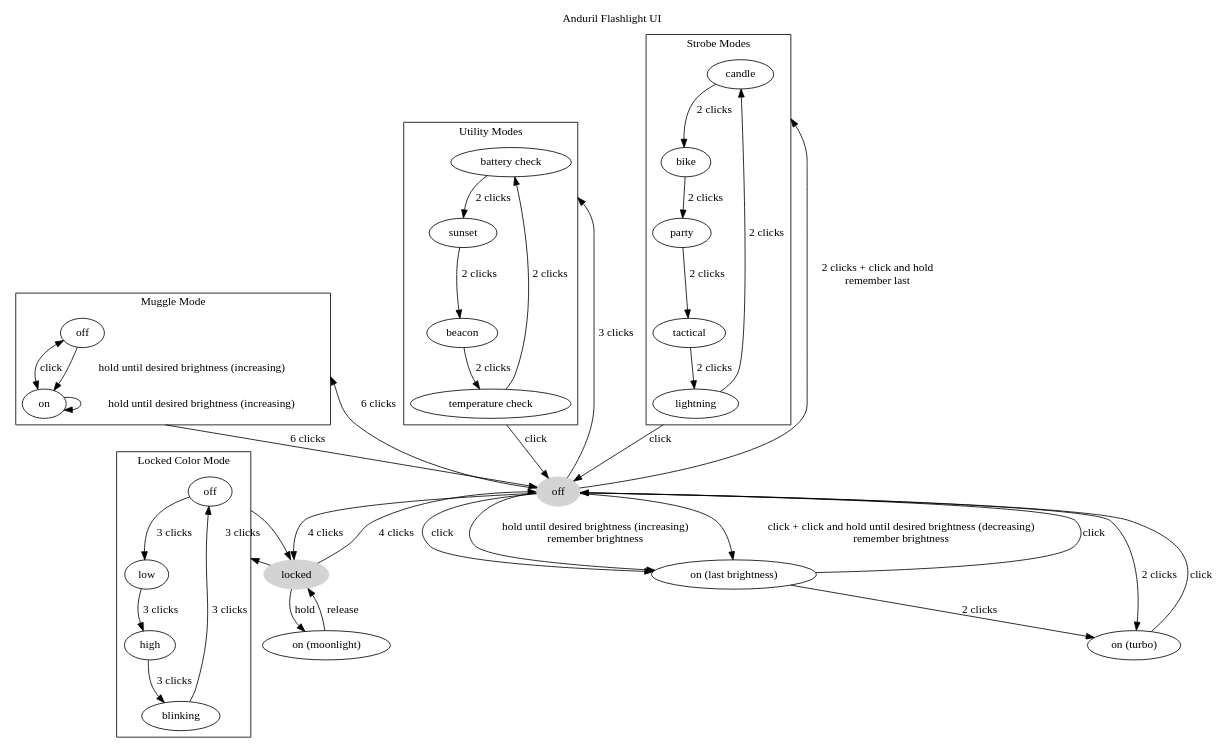
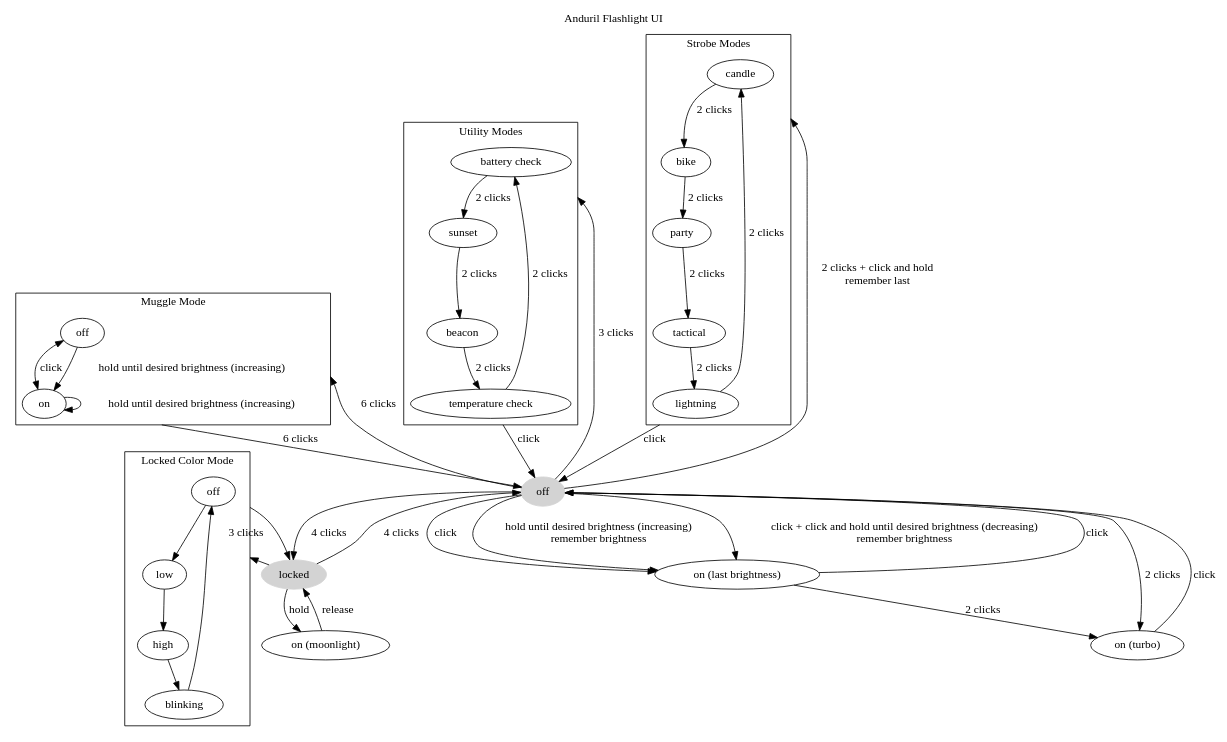
The diagram in ui.dot (mmb/anduril-ui-diagram), drawn with Graphviz before and after one commit. The commit also changed 2 other files, not shown here.

Commit message:
Remove labels from locked color modes

```diff
--- a/ui.dot
+++ b/ui.dot
@@ -1,67 +1,67 @@
 digraph {
   compound=true
 
   off[style="filled",color="lightgrey"]
   off -> "on (last brightness)"[label=click];
   off -> "on (last brightness)"[label="hold until desired brightness (increasing)\nremember brightness"];
   off -> "on (turbo)"[label="2 clicks"];
   off -> "on (last brightness)"[label="click + click and hold until desired brightness (decreasing)\nremember brightness"];
   off -> locked[label="4 clicks"];
 
   label="Muggle Mode"
   off -> "muggle off"[label="6 clicks",lhead=cluster_muggle];
   "muggle on" -> off[label="6 clicks",ltail=cluster_muggle]
   subgraph cluster_muggle {
     "muggle off"[label=off];
     "muggle on"[label=on];
     "muggle off" -> "muggle on"[label=click,dir=both]
     "muggle off" -> "muggle on"[label="hold until desired brightness (increasing)"]
     "muggle on" -> "muggle on"[label="hold until desired brightness (increasing)"]
   }
 
   label="Utility Modes"
   off -> "battery check"[label="3 clicks",lhead=cluster_utility];
   "temperature check" -> off[label=click,ltail=cluster_utility]
   subgraph cluster_utility {
     "battery check" -> sunset[label="2 clicks"]
     sunset -> beacon[label="2 clicks"]
     beacon -> "temperature check"[label="2 clicks"]
     "temperature check" -> "battery check"[label="2 clicks"]
   }
 
   label="Strobe Modes"
   off -> candle[label="2 clicks + click and hold\nremember last",lhead=cluster_strobe];
   lightning -> off[label=click,ltail=cluster_strobe];
   subgraph cluster_strobe {
     candle -> bike[label="2 clicks"]
     bike -> party[label="2 clicks"]
     party -> tactical[label="2 clicks"]
     tactical -> lightning[label="2 clicks"]
     lightning -> candle[label="2 clicks"]
   }
 
   locked[style=filled,color=lightgrey]
   locked -> off[label="4 clicks"];
   locked -> "on (moonlight)"[label=hold];
   locked -> "locked color off"[label="3 clicks",lhead=cluster_locked_color_mode];
   "locked color off" -> locked[ltail=cluster_locked_color_mode];
   label="Locked Color Mode"
   subgraph cluster_locked_color_mode {
     "locked color off"[label=off];
     "locked color low"[label=low];
     "locked color high"[label=high];
     "locked color blinking"[label=blinking];
-    "locked color off" -> "locked color low"[label="3 clicks"]
-    "locked color low" -> "locked color high"[label="3 clicks"]
-    "locked color high" -> "locked color blinking"[label="3 clicks"]
-    "locked color blinking" -> "locked color off"[label="3 clicks"]
+    "locked color off" -> "locked color low"
+    "locked color low" -> "locked color high"
+    "locked color high" -> "locked color blinking"
+    "locked color blinking" -> "locked color off"
   }
 
   "on (moonlight)" -> locked[label=release];
   "on (last brightness)" -> off[label=click];
   "on (last brightness)" -> "on (turbo)"[label="2 clicks"];
   "on (turbo)" -> off[label=click];
 
   label="Anduril Flashlight UI"
   labelloc=t
 }
```
